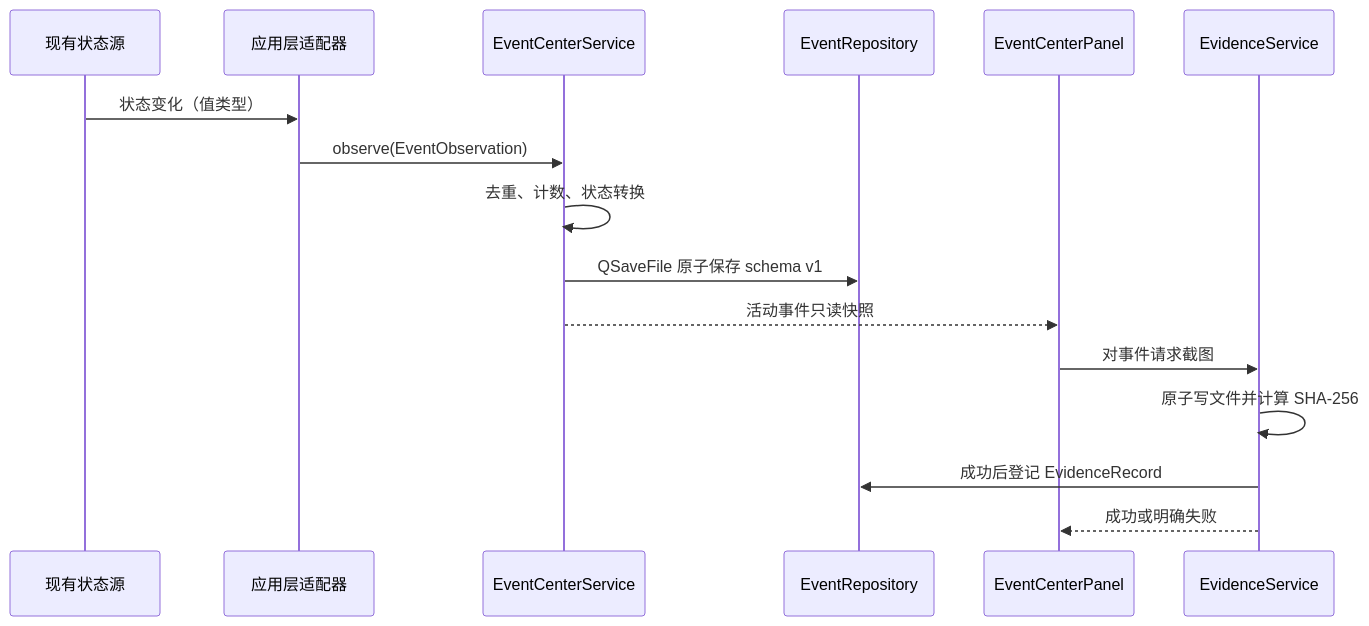
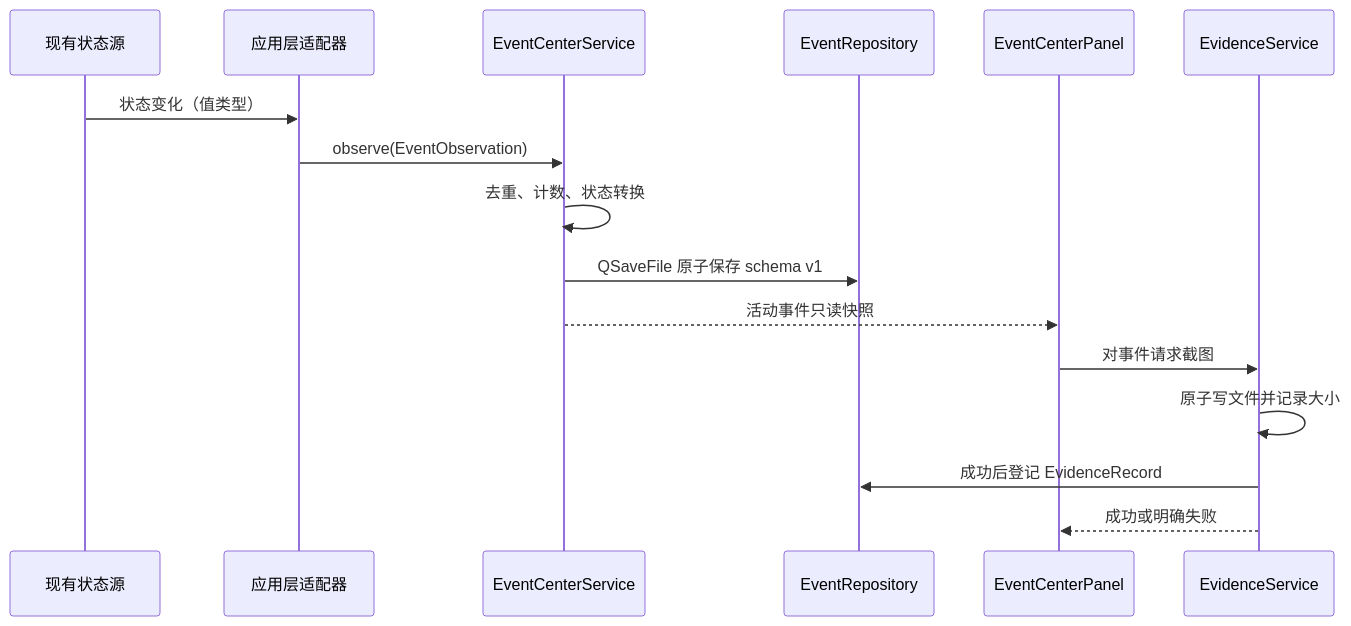
Before and after one commit to FKstack/rtmpProject: the second of 2 diagrams in docs/architecture/mobile_security_single_vehicle_operator_loop_design.md, drawn with Mermaid. The commit also changed other lines of this file and 2 other files, not shown here.

````diff
--- a/docs/architecture/mobile_security_single_vehicle_operator_loop_design.md
+++ b/docs/architecture/mobile_security_single_vehicle_operator_loop_design.md
@@ -129,19 +129,19 @@
 ```mermaid
 sequenceDiagram
     participant Source as 现有状态源
     participant Adapter as 应用层适配器
     participant Event as EventCenterService
     participant Repo as EventRepository
     participant UI as EventCenterPanel
     participant Evidence as EvidenceService
 
     Source->>Adapter: 状态变化（值类型）
     Adapter->>Event: observe(EventObservation)
     Event->>Event: 去重、计数、状态转换
     Event->>Repo: QSaveFile 原子保存 schema v1
     Event-->>UI: 活动事件只读快照
     UI->>Evidence: 对事件请求截图
-    Evidence->>Evidence: 原子写文件并计算 SHA-256
+    Evidence->>Evidence: 原子写文件并记录大小
     Evidence->>Repo: 成功后登记 EvidenceRecord
     Evidence-->>UI: 成功或明确失败
 ```
````
